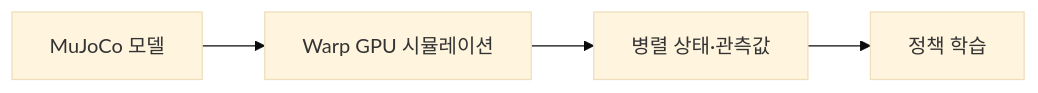
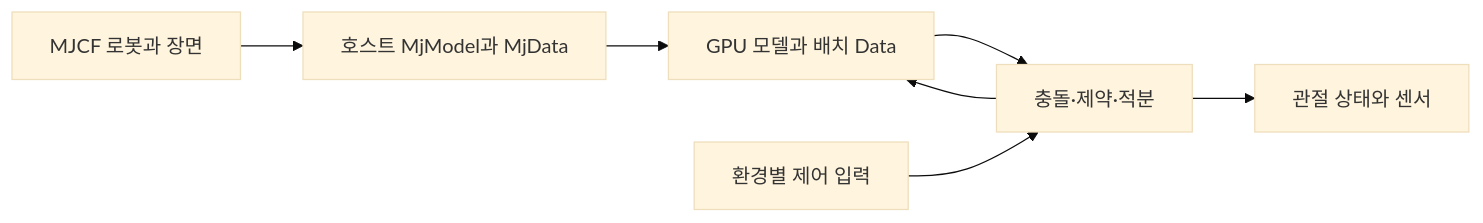
Before and after one commit to james-joobs/awesome-nvidia-physical-ai: the diagram in docs/ko/mujoco-warp.md, drawn with Mermaid (base theme). The commit also changed other lines of this file and 187 other files, not shown here.

Commit message:
Expand bilingual guides with official architecture references

````diff
--- a/docs/ko/mujoco-warp.md
+++ b/docs/ko/mujoco-warp.md
@@ -17,4 +18,15 @@
 ```mermaid
 flowchart LR
-    A["MuJoCo 모델"] --> B["Warp GPU 시뮬레이션"] --> C["병렬 상태·관측값"] --> D["정책 학습"]
+    xml["MJCF 로봇과 장면"]
+    host["호스트 MjModel과 MjData"]
+    gpu["GPU 모델과 배치 Data"]
+    act["환경별 제어 입력"]
+    step["충돌·제약·적분"]
+    read["관절 상태와 센서"]
+    xml --> host
+    host --> gpu
+    gpu --> step
+    act --> step
+    step --> read
+    step --> gpu
 ```
````
